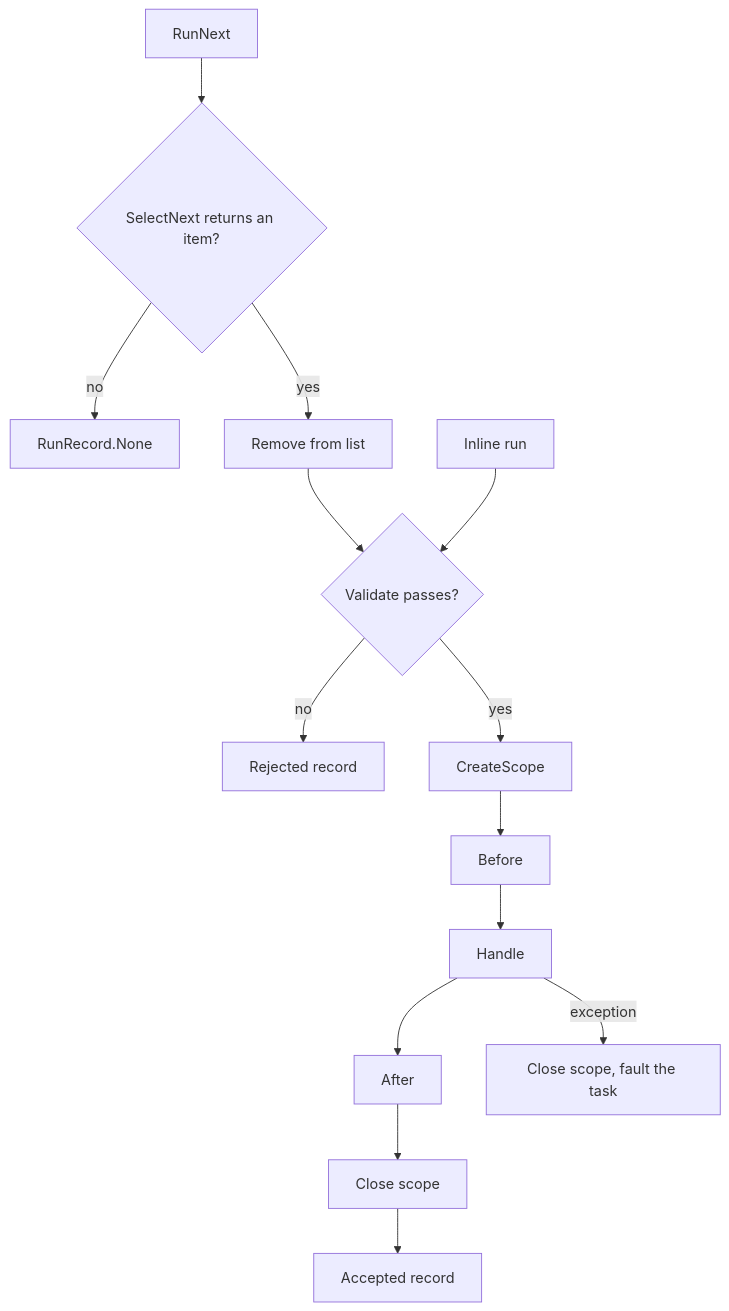
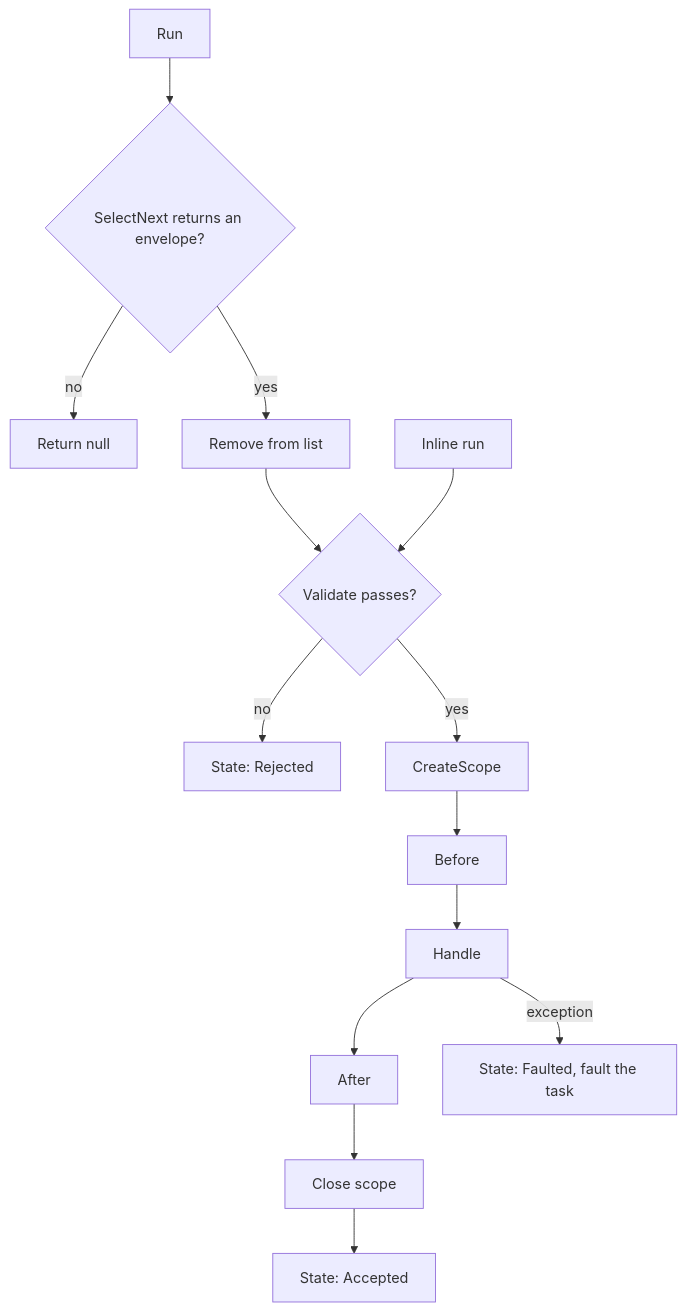
The diagram in Product/spikes/infra-command-pipeline.md (MgCohen/Card-Framework), drawn with Mermaid before and after one commit. The commit also changed other lines of this file, not shown here.

First line of the commit message:
Pipeline spike: Envelope, TypeRouter stores, hooks out of v0

````diff
--- a/Product/spikes/infra-command-pipeline.md
+++ b/Product/spikes/infra-command-pipeline.md
@@ -346,10 +332,10 @@
 ```mermaid
 flowchart TD
-  A["RunNext"] --> S{"SelectNext returns an item?"}
-  S -- no --> N["RunRecord.None"]
+  A["Run"] --> S{"SelectNext returns an envelope?"}
+  S -- no --> N["Return null"]
   S -- yes --> R["Remove from list"] --> V{"Validate passes?"}
   I["Inline run"] --> V
-  V -- no --> RJ["Rejected record"]
-  V -- yes --> C["CreateScope"] --> B["Before"] --> H["Handle"] --> AF["After"] --> CL["Close scope"] --> OK["Accepted record"]
-  H -- exception --> F["Close scope, fault the task"]
+  V -- no --> RJ["State: Rejected"]
+  V -- yes --> C["CreateScope"] --> B["Before"] --> H["Handle"] --> AF["After"] --> CL["Close scope"] --> OK["State: Accepted"]
+  H -- exception --> F["State: Faulted, fault the task"]
 ```
````
